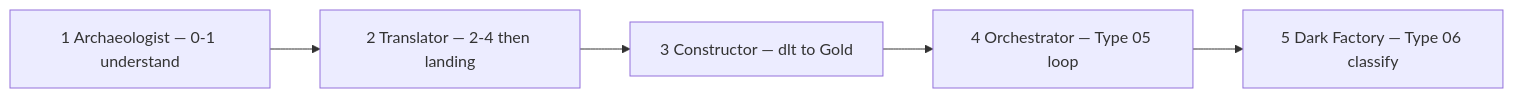
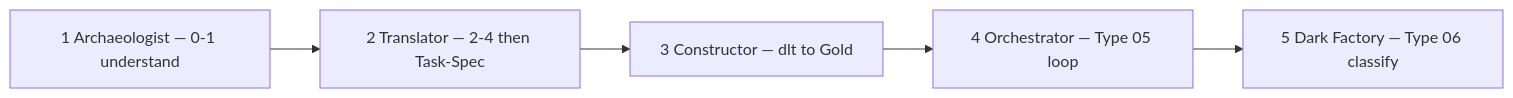
The second of 2 diagrams in README.md (PedroZotelli/uc-northwind-pay-edp), drawn with Mermaid before and after one commit. The commit also changed other lines of this file and 30 other files, not shown here.

````diff
--- a/README.md
+++ b/README.md
@@ -104,9 +104,9 @@
 ```mermaid
 flowchart LR
   D1["1 Archaeologist — 0-1 understand"]
-  D2["2 Translator — 2-4 then landing"]
+  D2["2 Translator — 2-4 then Task-Spec"]
   D3["3 Constructor — dlt to Gold"]
   D4["4 Orchestrator — Type 05 loop"]
   D5["5 Dark Factory — Type 06 classify"]
   D1 --> D2 --> D3 --> D4 --> D5
 ```
````
